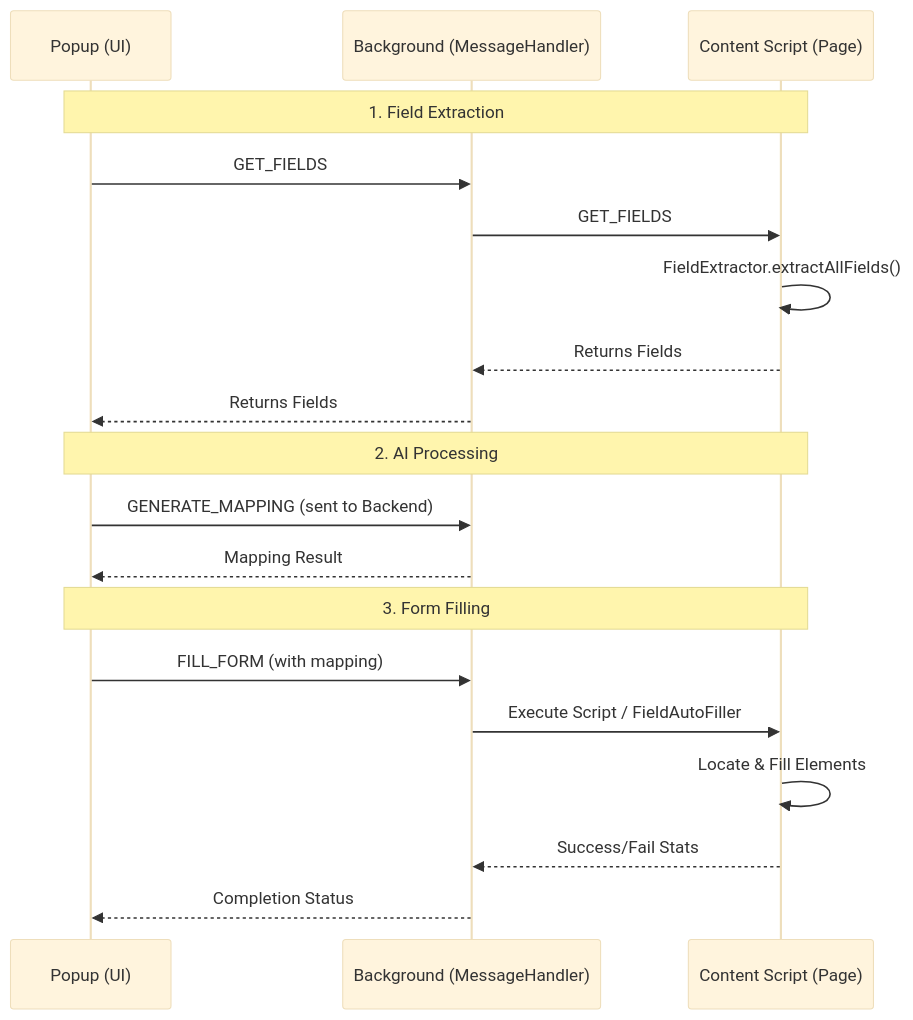
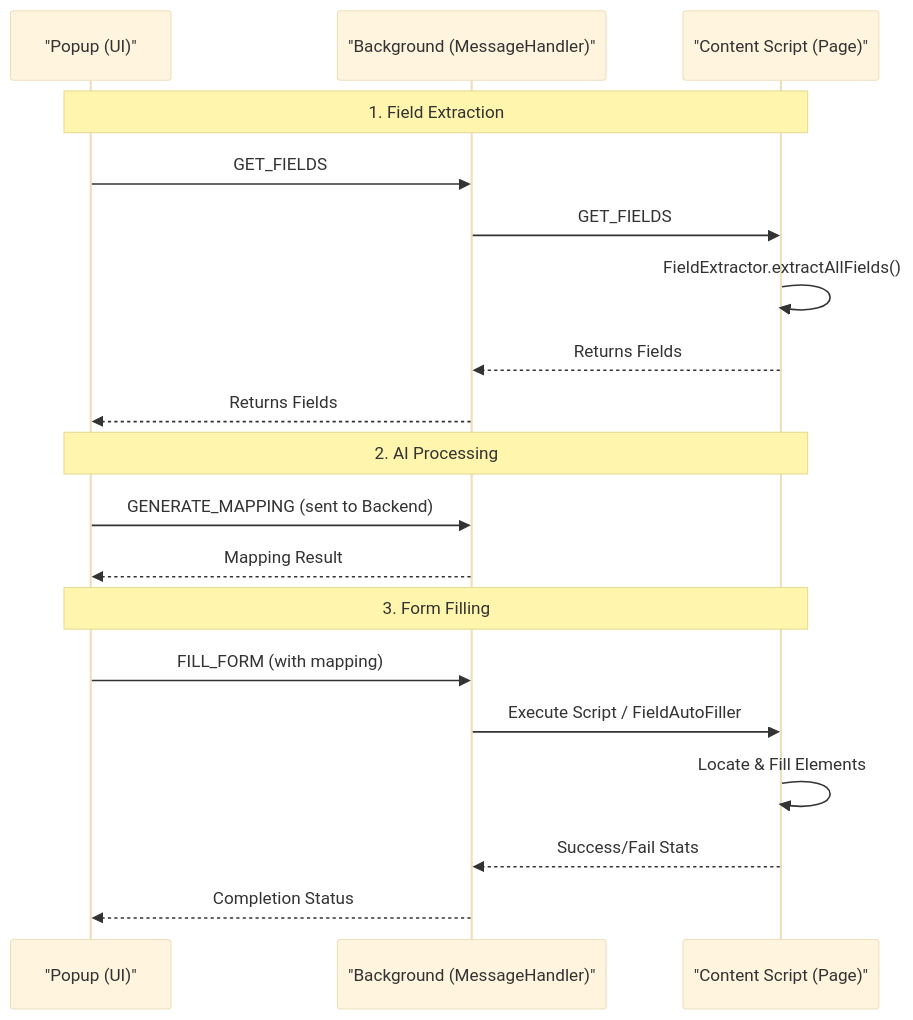
Before and after one commit to ikshit264/Ideas-md: the second of 2 diagrams in AutoFill-exten.md, drawn with Mermaid (base theme). The commit also changed other lines of this file, not shown here.

Commit message:
Fix flow diagram formatting in AutoFill-exten.md
Updated flow diagram syntax for better readability.

````diff
--- a/AutoFill-exten.md
+++ b/AutoFill-exten.md
@@ -44,24 +44,24 @@
 ```mermaid
 sequenceDiagram
-    participant P as Popup (UI)
-    participant B as Background (MessageHandler)
-    participant C as Content Script (Page)
+    participant P as "Popup (UI)"
+    participant B as "Background (MessageHandler)"
+    participant C as "Content Script (Page)"
     
     Note over P, C: 1. Field Extraction
     P->>B: GET_FIELDS
     B->>C: GET_FIELDS
     C->>C: FieldExtractor.extractAllFields()
     C-->>B: Returns Fields
     B-->>P: Returns Fields
     
     Note over P, C: 2. AI Processing
     P->>B: GENERATE_MAPPING (sent to Backend)
     B-->>P: Mapping Result
     
     Note over P, C: 3. Form Filling
     P->>B: FILL_FORM (with mapping)
     B->>C: Execute Script / FieldAutoFiller
     C->>C: Locate & Fill Elements
     C-->>B: Success/Fail Stats
     B-->>P: Completion Status
 ```
````
